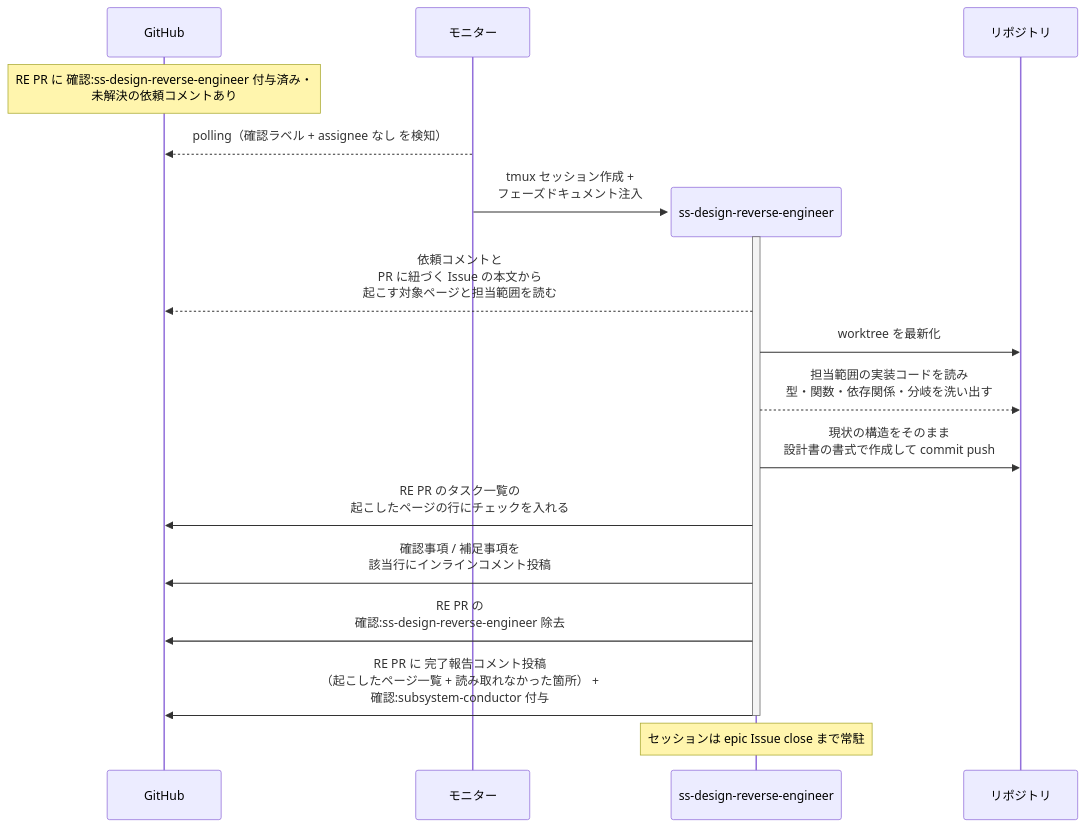
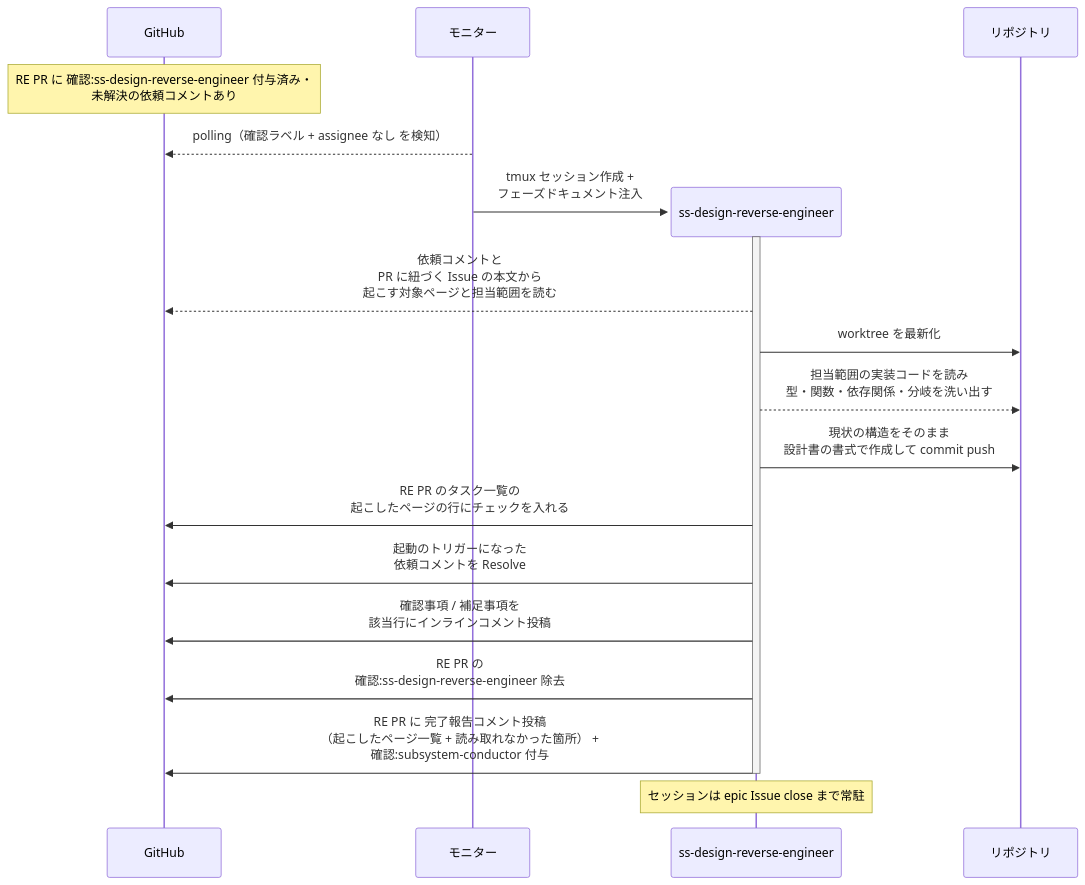
One commit to shuhei1101/ai-monitor changed the first of 2 diagrams in docs/wiki/設計図/シナリオ/単一ユースケース/現状設計書の起こし.md. Above: the diagram before and after it, drawn with Mermaid. The commit also changed other lines of this file and 10 other files, not shown here.

````diff
--- a/docs/wiki/設計図/シナリオ/単一ユースケース/現状設計書の起こし.md
+++ b/docs/wiki/設計図/シナリオ/単一ユースケース/現状設計書の起こし.md
@@ -40,22 +40,23 @@
 ```mermaid
 sequenceDiagram
   participant GH as GitHub
   participant ORC as モニター
 
   Note over GH: RE PR に 確認:ss-design-reverse-engineer 付与済み・<br>未解決の依頼コメントあり
   ORC-->>GH: polling（確認ラベル + assignee なし を検知）
   create participant MON as ss-design-reverse-engineer
   ORC->>MON: tmux セッション作成 +<br>フェーズドキュメント注入
   participant REPO as リポジトリ
   activate MON
   MON-->>GH: 依頼コメントと<br>PR に紐づく Issue の本文から<br>起こす対象ページと担当範囲を読む
   MON->>REPO: worktree を最新化
   MON-->>REPO: 担当範囲の実装コードを読み<br>型・関数・依存関係・分岐を洗い出す
   MON->>REPO: 現状の構造をそのまま<br>設計書の書式で作成して commit push
   MON->>GH: RE PR のタスク一覧の<br>起こしたページの行にチェックを入れる
+  MON->>GH: 起動のトリガーになった<br>依頼コメントを Resolve
   MON->>GH: 確認事項 / 補足事項を<br>該当行にインラインコメント投稿
   MON->>GH: RE PR の<br>確認:ss-design-reverse-engineer 除去
   MON->>GH: RE PR に 完了報告コメント投稿<br>（起こしたページ一覧 + 読み取れなかった箇所） +<br>確認:subsystem-conductor 付与
   deactivate MON
   Note over MON: セッションは epic Issue close まで常駐
 ```
````
